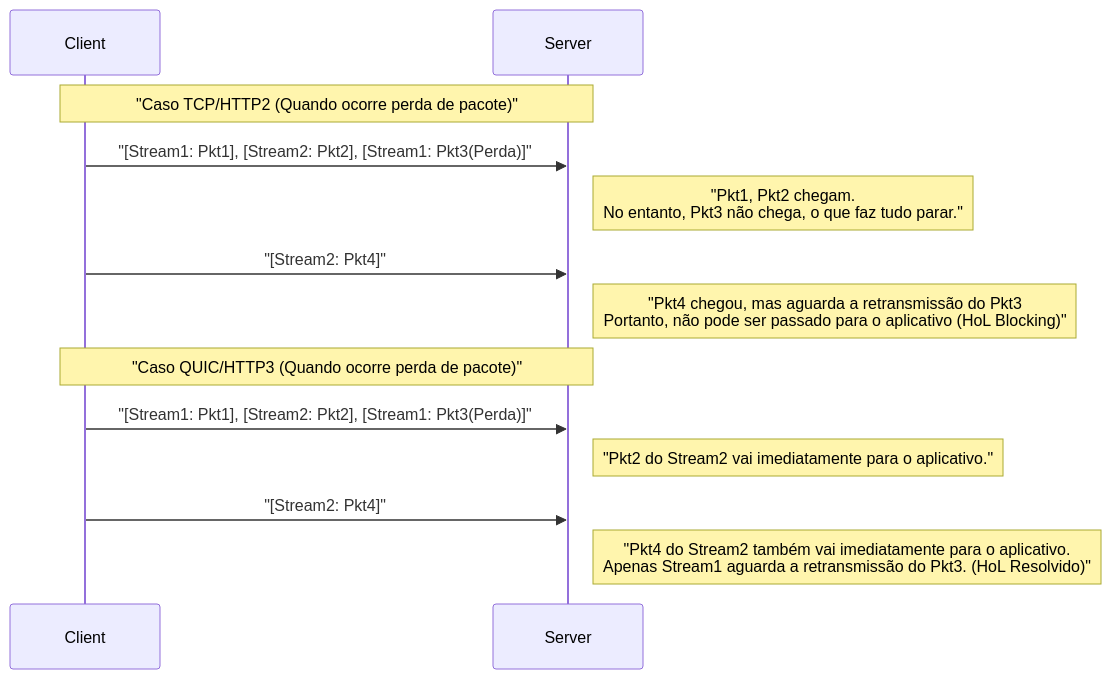
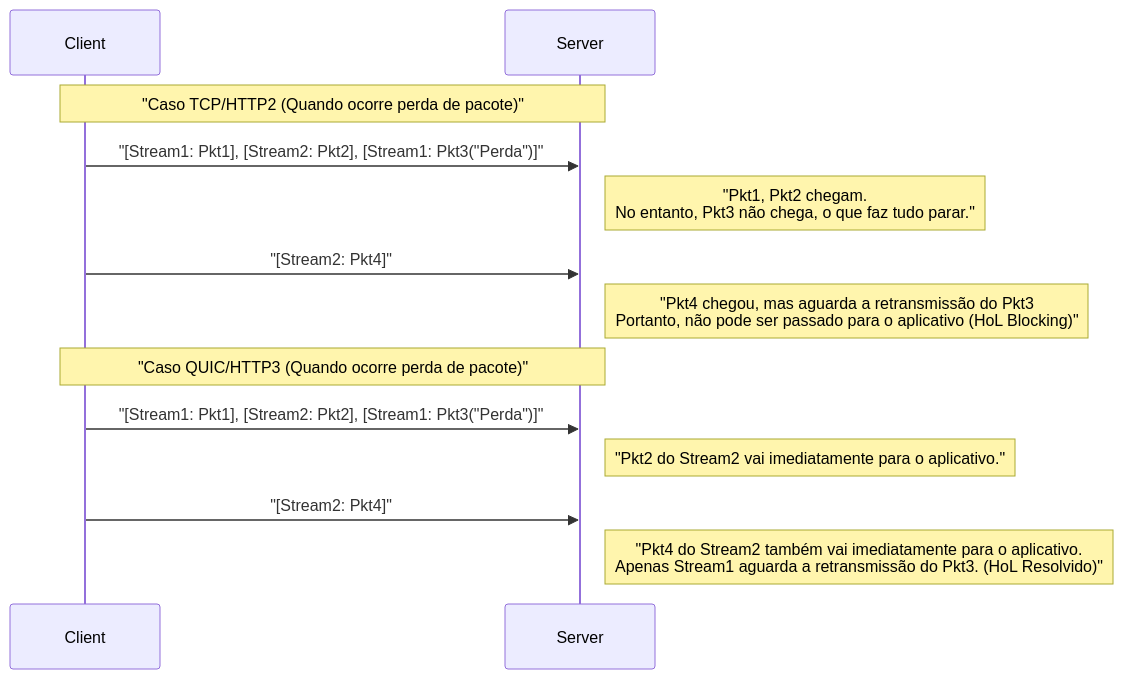
One commit to kenjinote/blog changed the third of 4 diagrams in content/post/http3-quic-protocol-tcp-udp/index.pt.md. Above: the diagram before and after it, drawn with Mermaid. The commit also changed 929 other files, not shown here.

Commit message:
fix: Add double quotes to all Mermaid node texts to resolve syntax errors

````diff
--- a/content/post/http3-quic-protocol-tcp-udp/index.pt.md
+++ b/content/post/http3-quic-protocol-tcp-udp/index.pt.md
@@ -143,17 +143,17 @@
 ```mermaid
 sequenceDiagram
     participant Client
     participant Server
     
     Note over Client, Server: "Caso TCP/HTTP2 (Quando ocorre perda de pacote)"
-    Client->>Server: "[Stream1: Pkt1], [Stream2: Pkt2], [Stream1: Pkt3(Perda)]"
+    Client->>Server: "[Stream1: Pkt1], [Stream2: Pkt2], [Stream1: Pkt3("Perda")]"
     Note right of Server: "Pkt1, Pkt2 chegam.<br/>No entanto, Pkt3 não chega, o que faz tudo parar."
     Client->>Server: "[Stream2: Pkt4]"
     Note right of Server: "Pkt4 chegou, mas aguarda a retransmissão do Pkt3<br/>Portanto, não pode ser passado para o aplicativo (HoL Blocking)"
     
     Note over Client, Server: "Caso QUIC/HTTP3 (Quando ocorre perda de pacote)"
-    Client->>Server: "[Stream1: Pkt1], [Stream2: Pkt2], [Stream1: Pkt3(Perda)]"
+    Client->>Server: "[Stream1: Pkt1], [Stream2: Pkt2], [Stream1: Pkt3("Perda")]"
     Note right of Server: "Pkt2 do Stream2 vai imediatamente para o aplicativo."
     Client->>Server: "[Stream2: Pkt4]"
     Note right of Server: "Pkt4 do Stream2 também vai imediatamente para o aplicativo.<br/>Apenas Stream1 aguarda a retransmissão do Pkt3. (HoL Resolvido)"
 ```
````
